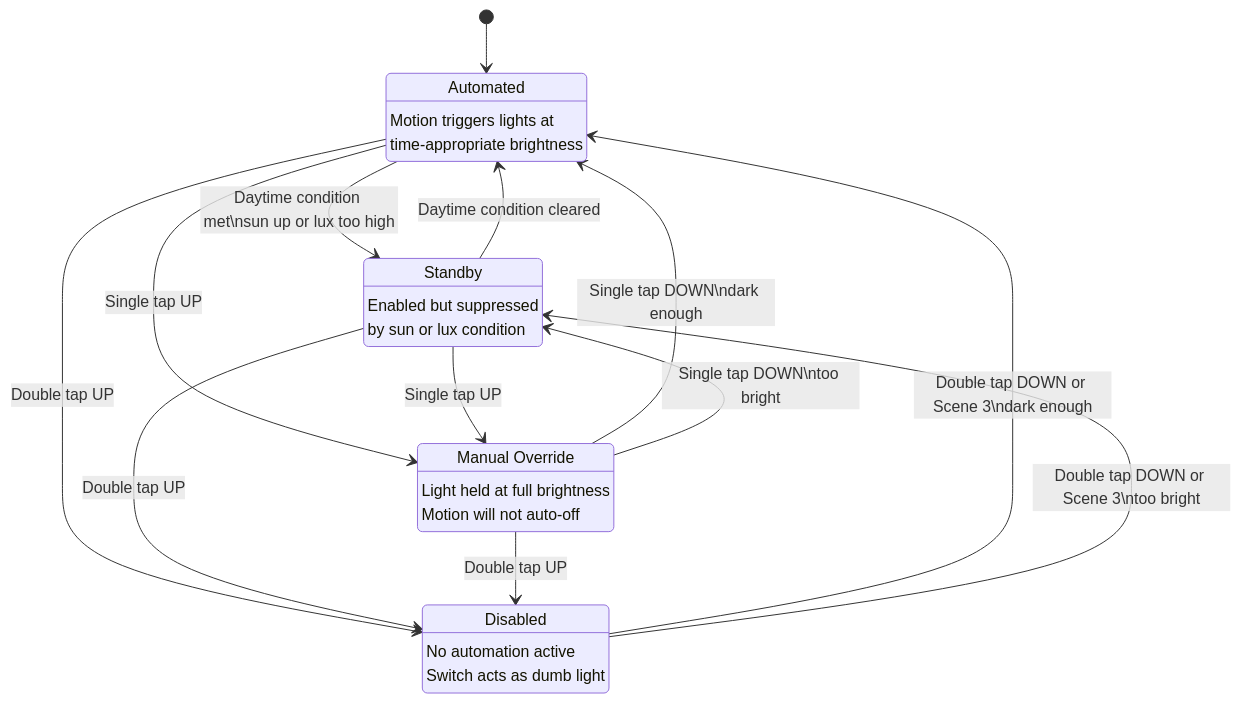
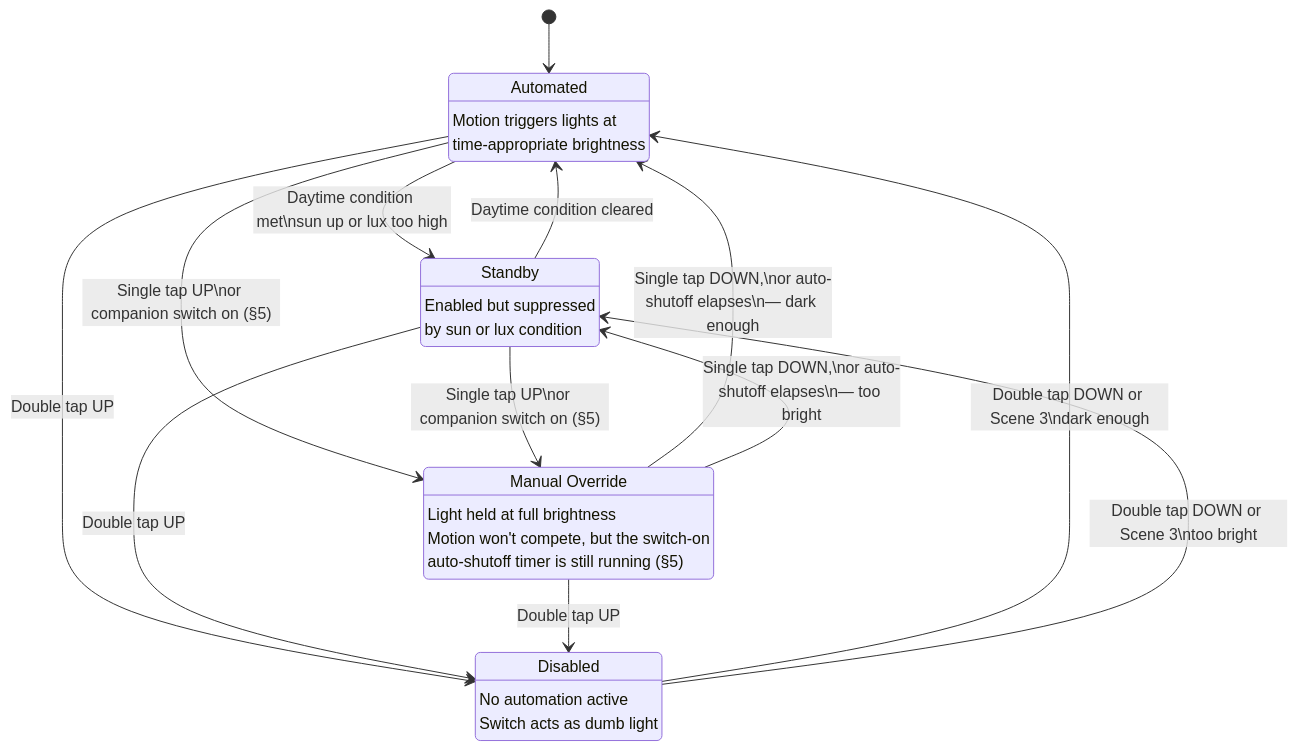
The fourth of 8 diagrams in docs/flow.md (RyTsYdUp/luminary-ha), drawn with Mermaid before and after one commit. The commit also changed other lines of this file and 8 other files, not shown here.

First line of the commit message:
Switch-triggered on now always full brightness, with a timed auto-shutoff

````diff
--- a/docs/flow.md
+++ b/docs/flow.md
@@ -170,32 +173,32 @@
 ```mermaid
 stateDiagram-v2
     [*] --> Automated
 
     Automated: Automated
     Automated: Motion triggers lights at\ntime-appropriate brightness
 
     Standby: Standby
     Standby: Enabled but suppressed\nby sun or lux condition
 
     Override: Manual Override
-    Override: Light held at full brightness\nMotion will not auto-off
+    Override: Light held at full brightness\nMotion won't compete, but the switch-on\nauto-shutoff timer is still running (§5)
 
     Disabled: Disabled
     Disabled: No automation active\nSwitch acts as dumb light
 
     Automated --> Standby: Daytime condition met\nsun up or lux too high
     Standby --> Automated: Daytime condition cleared
 
-    Automated --> Override: Single tap UP
-    Standby --> Override: Single tap UP
+    Automated --> Override: Single tap UP\nor companion switch on (§5)
+    Standby --> Override: Single tap UP\nor companion switch on (§5)
 
-    Override --> Automated: Single tap DOWN\ndark enough
-    Override --> Standby: Single tap DOWN\ntoo bright
+    Override --> Automated: Single tap DOWN,\nor auto-shutoff elapses\n— dark enough
+    Override --> Standby: Single tap DOWN,\nor auto-shutoff elapses\n— too bright
 
     Automated --> Disabled: Double tap UP
     Standby --> Disabled: Double tap UP
     Override --> Disabled: Double tap UP
 
     Disabled --> Automated: Double tap DOWN or Scene 3\ndark enough
     Disabled --> Standby: Double tap DOWN or Scene 3\ntoo bright
 ```
````
